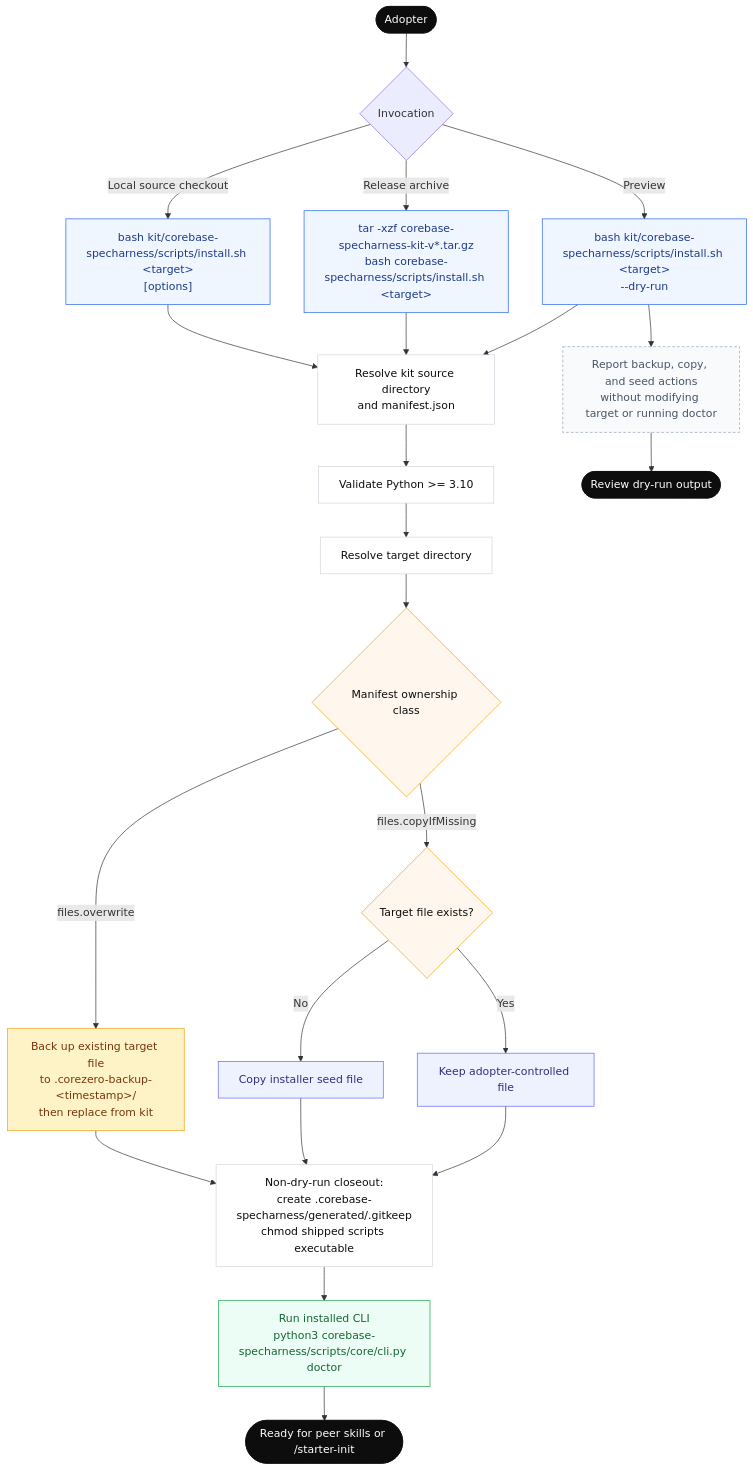
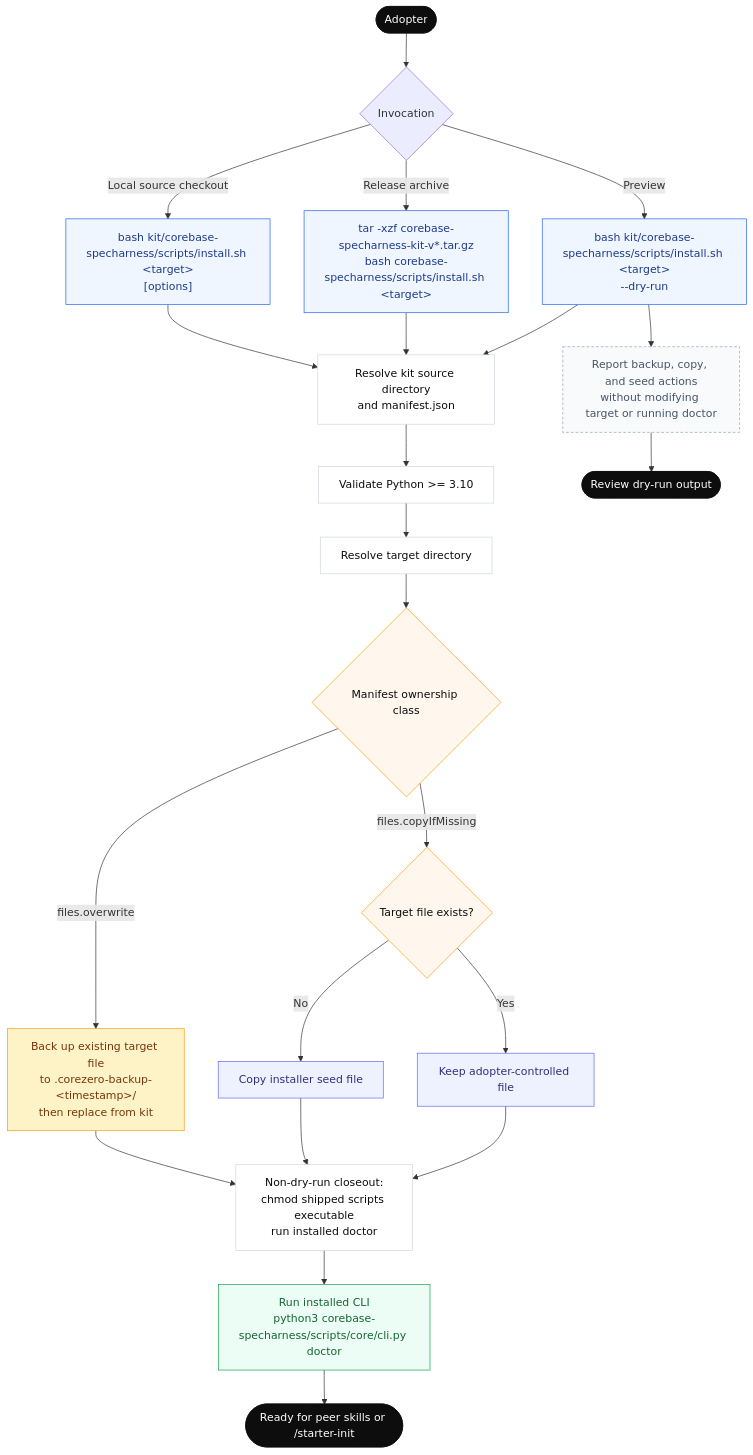
Before and after one commit to thaihai-swe/corebase-specharness: the diagram in documents/diagrams/source/workflow/install-flow.mmd, drawn with Mermaid. The commit also changed 42 other files, not shown here.

```diff
--- a/documents/diagrams/source/workflow/install-flow.mmd
+++ b/documents/diagrams/source/workflow/install-flow.mmd
@@ -1,50 +1,50 @@
 flowchart TD
     %% Install Flow — implementation authority:
     %% install.sh, manifest.json, INSTALL.md, and ARCHITECTURE.md
 
     START([Adopter]) --> ENTRY{Invocation}
     ENTRY -->|Local source checkout| LOCAL["bash kit/corebase-specharness/scripts/install.sh &lt;target&gt;<br/>[options]"]:::entry
     ENTRY -->|Release archive| ARCHIVE["tar -xzf corebase-specharness-kit-v*.tar.gz<br/>bash corebase-specharness/scripts/install.sh &lt;target&gt;"]:::entry
     ENTRY -->|Preview| DRY["bash kit/corebase-specharness/scripts/install.sh &lt;target&gt;<br/>--dry-run"]:::entry
 
     LOCAL --> SOURCE["Resolve kit source directory<br/>and manifest.json"]:::action
     ARCHIVE --> SOURCE
     DRY --> SOURCE
 
     SOURCE --> REQ["Validate Python &gt;= 3.10"]:::action
     REQ --> TARGET["Resolve target directory"]:::action
 
     TARGET --> OWNERSHIP{Manifest ownership class}:::decision
     OWNERSHIP -->|files.overwrite| OW["Back up existing target file<br/>to .corezero-backup-&lt;timestamp&gt;/<br/>then replace from kit"]:::overwrite
     OWNERSHIP -->|files.copyIfMissing| CIM{Target file exists?}:::decision
     CIM -->|No| SEED["Copy installer seed file"]:::seed
     CIM -->|Yes| SKIP["Keep adopter-controlled file"]:::seed
 
     OW --> CLOSE
     SEED --> CLOSE
     SKIP --> CLOSE
 
-    CLOSE["Non-dry-run closeout:<br/>create .corebase-specharness/generated/.gitkeep<br/>chmod shipped scripts executable"]:::action
+    CLOSE["Non-dry-run closeout:<br/>chmod shipped scripts executable<br/>run installed doctor"]:::action
     CLOSE --> DOCTOR["Run installed CLI<br/>python3 corebase-specharness/scripts/core/cli.py doctor"]:::verify
     DOCTOR --> READY([Ready for peer skills or /starter-init]):::terminal
 
     DRY --> DRY_REPORT["Report backup, copy, and seed actions<br/>without modifying target or running doctor"]:::dry
     DRY_REPORT --> PREVIEW([Review dry-run output]):::terminal
 
     classDef terminal fill:#0d0d0d,stroke:#0d0d0d,color:#fff
     classDef entry fill:#eff6ff,stroke:#2563eb,color:#1e3a8a
     classDef action fill:#fff,stroke:#d0d7de,color:#0d0d0d
     classDef decision fill:#fff7ed,stroke:#f59e0b,color:#0d0d0d
     classDef overwrite fill:#fef3c7,stroke:#f59e0b,color:#78350f
     classDef seed fill:#eef2ff,stroke:#6366f1,color:#312e81
     classDef verify fill:#ecfdf5,stroke:#16a34a,color:#166534
     classDef dry fill:#f8fafc,stroke:#94a3b8,color:#475569,stroke-dasharray:4 3
 
     class START,READY,PREVIEW terminal
     class LOCAL,ARCHIVE,DRY entry
     class SOURCE,REQ,TARGET,CLOSE action
     class OWNERSHIP,CIM decision
     class OW overwrite
     class SEED,SKIP seed
     class DOCTOR verify
     class DRY_REPORT dry
```
